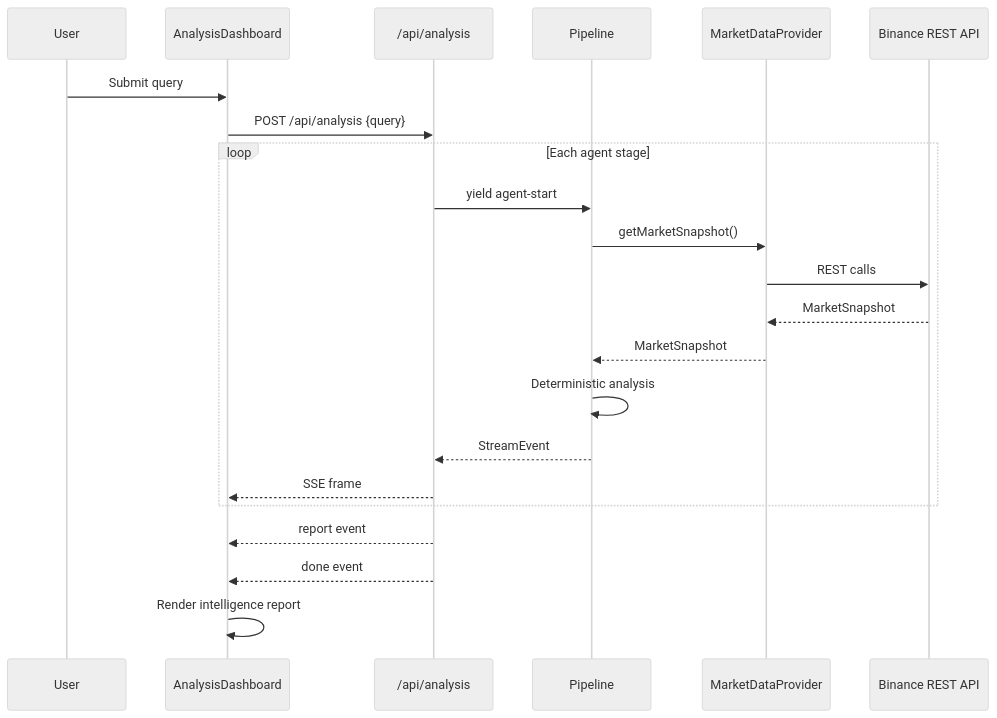
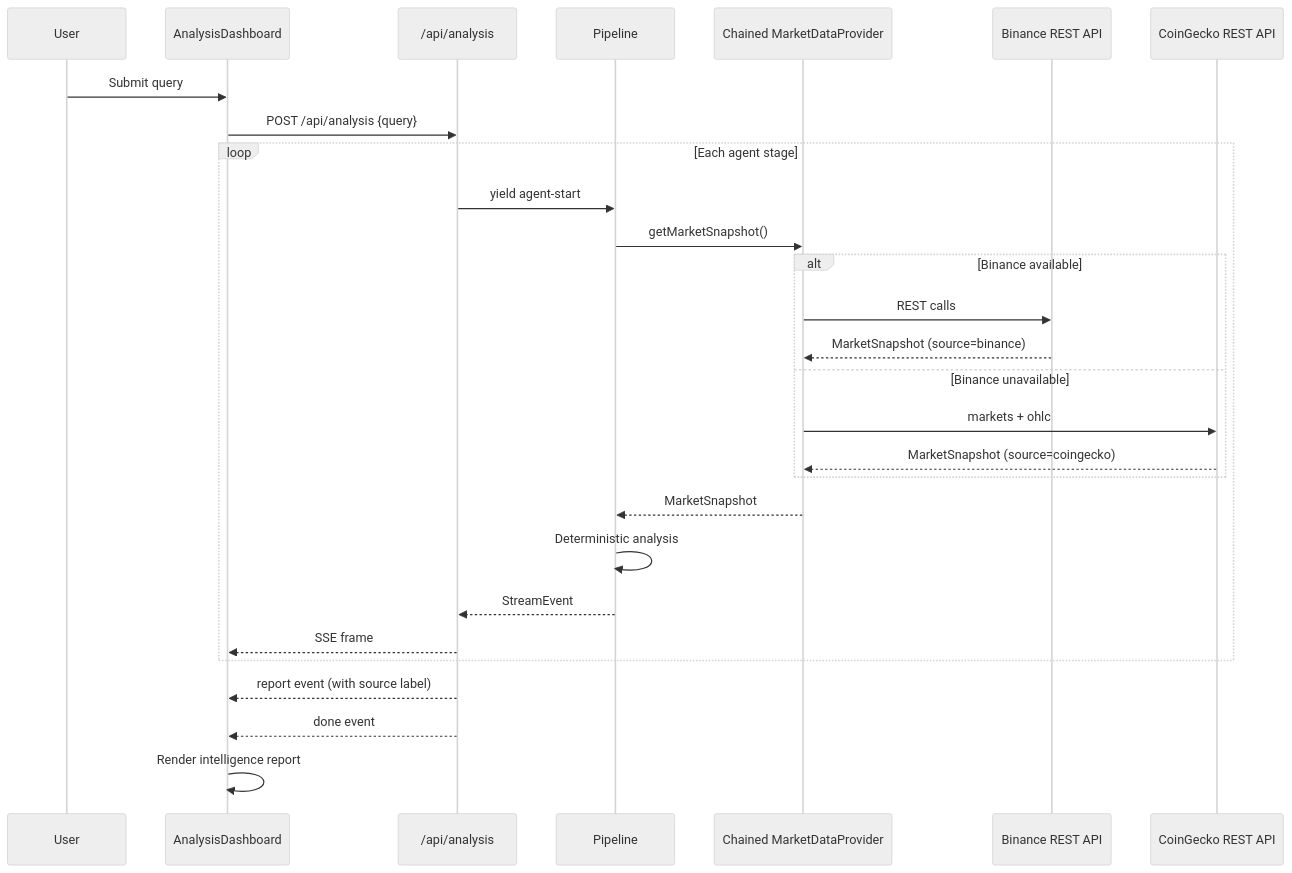
The third of 3 diagrams in docs/ARCHITECTURE.md (mahi017fr/binance-sentinel-ai), drawn with Mermaid (neutral theme) before and after one commit. The commit also changed other lines of this file and 5 other files, not shown here.

````diff
--- a/docs/ARCHITECTURE.md
+++ b/docs/ARCHITECTURE.md
@@ -125,25 +157,31 @@
 ```mermaid
 sequenceDiagram
     participant U as User
     participant FE as AnalysisDashboard
     participant API as /api/analysis
     participant PL as Pipeline
-    participant MD as MarketDataProvider
+    participant MD as Chained MarketDataProvider
     participant BN as Binance REST API
+    participant CG as CoinGecko REST API
 
     U->>FE: Submit query
     FE->>API: POST /api/analysis {query}
     loop Each agent stage
         API->>PL: yield agent-start
         PL->>MD: getMarketSnapshot()
-        MD->>BN: REST calls
-        BN-->>MD: MarketSnapshot
+        alt Binance available
+            MD->>BN: REST calls
+            BN-->>MD: MarketSnapshot (source=binance)
+        else Binance unavailable
+            MD->>CG: markets + ohlc
+            CG-->>MD: MarketSnapshot (source=coingecko)
+        end
         MD-->>PL: MarketSnapshot
         PL->>PL: Deterministic analysis
         PL-->>API: StreamEvent
         API-->>FE: SSE frame
     end
-    API-->>FE: report event
+    API-->>FE: report event (with source label)
     API-->>FE: done event
     FE->>FE: Render intelligence report
 ```
````
